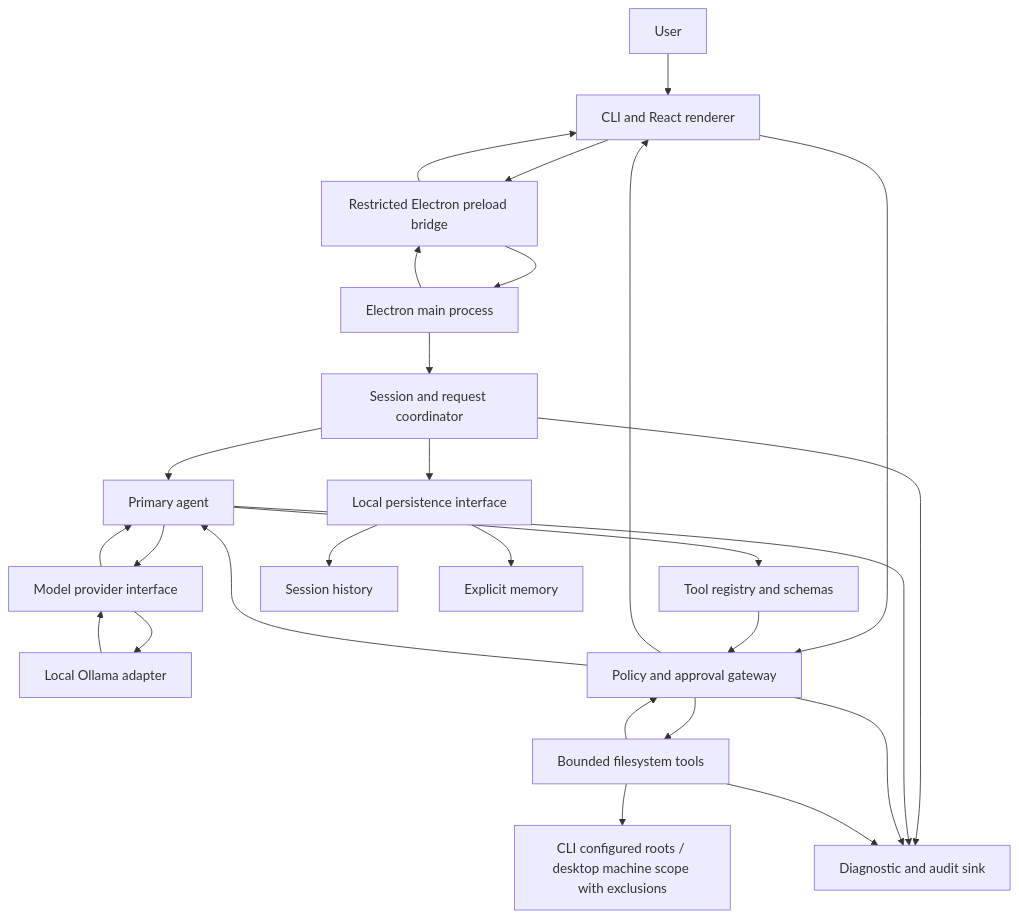
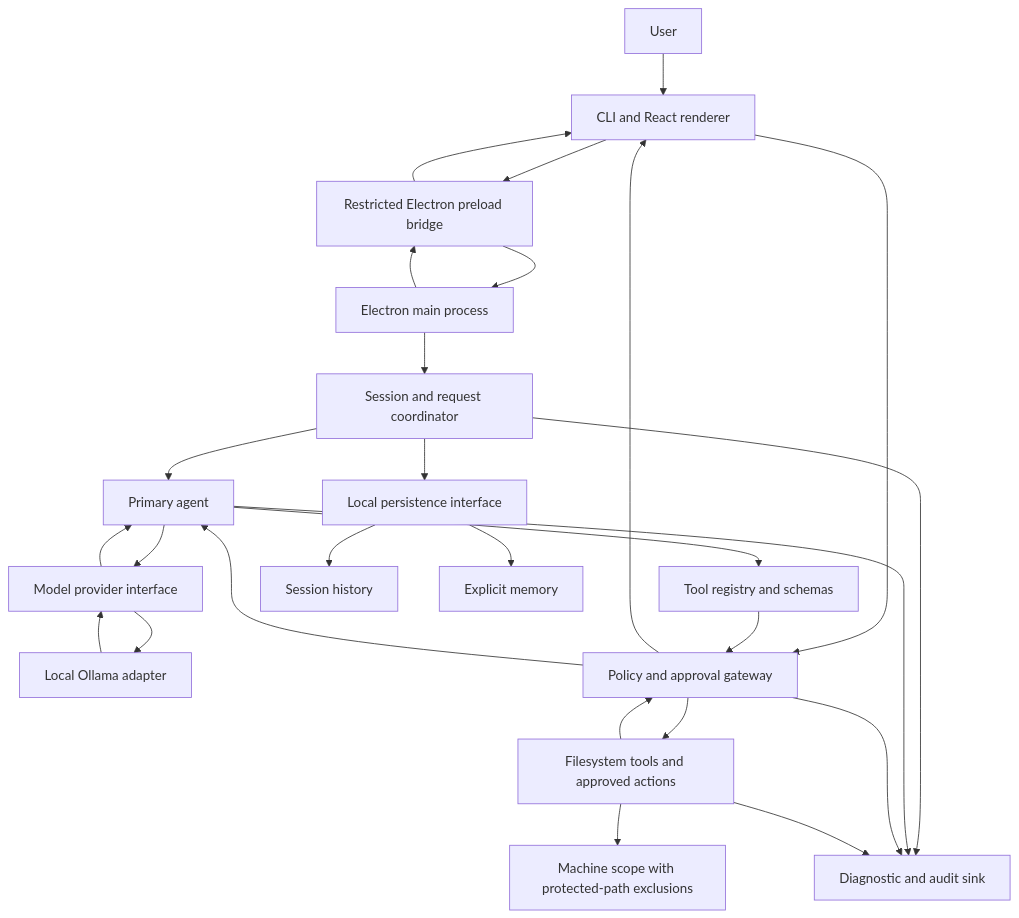
Before and after one commit to krnitish0608/Vyomara: the diagram in docs/architecture.md, drawn with Mermaid. The commit also changed other lines of this file and 17 other files, not shown here.

````diff
--- a/docs/architecture.md
+++ b/docs/architecture.md
@@ -25,35 +33,35 @@
 ```mermaid
 flowchart TD
     User[User]
     UI[CLI and React renderer]
     Preload[Restricted Electron preload bridge]
     Main[Electron main process]
     Session[Session and request coordinator]
     Agent[Primary agent]
     ProviderPort[Model provider interface]
     Ollama[Local Ollama adapter]
     ToolRegistry[Tool registry and schemas]
     Policy[Policy and approval gateway]
-    Tools[Bounded filesystem tools]
-    Roots[CLI configured roots / desktop machine scope with exclusions]
+    Tools[Filesystem tools and approved actions]
+    Roots[Machine scope with protected-path exclusions]
     Store[Local persistence interface]
     History[Session history]
     Memory[Explicit memory]
     Audit[Diagnostic and audit sink]
 
     User --> UI --> Preload --> Main --> Session --> Agent
     Main --> Preload --> UI
     Policy --> UI
     UI --> Policy
     Agent --> ProviderPort --> Ollama
     Ollama --> ProviderPort --> Agent
     Agent --> ToolRegistry --> Policy --> Tools --> Roots
     Tools --> Policy --> Agent
     Session --> Store
     Store --> History
     Store --> Memory
     Session --> Audit
     Agent --> Audit
     Policy --> Audit
     Tools --> Audit
 ```
````
